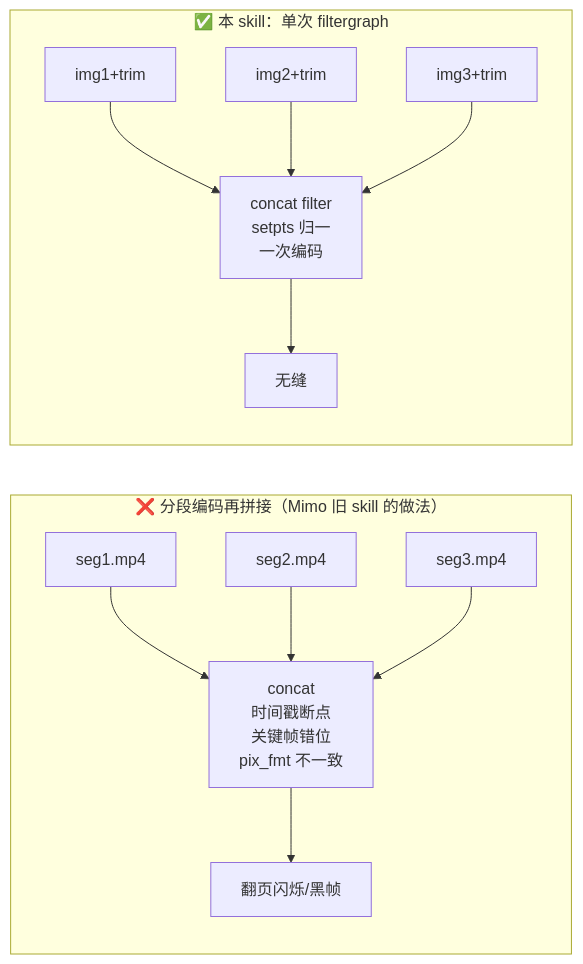
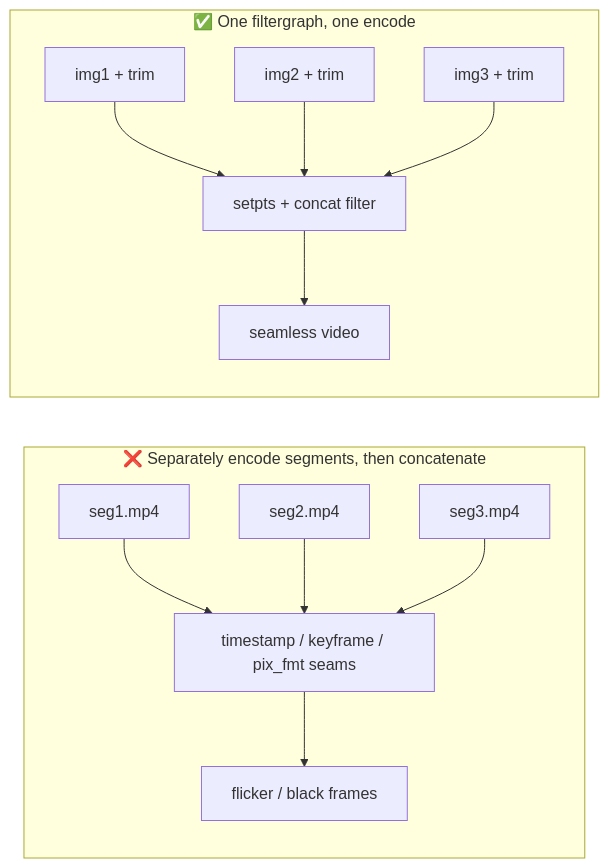
Before and after one commit to 098765d/slides-to-video: the third of 3 diagrams in references/architecture.md, drawn with Mermaid. The commit also changed other lines of this file and 5 other files, not shown here.

Commit message:
Update slides-to-video skill content

````diff
--- a/references/architecture.md
+++ b/references/architecture.md
@@ -62,9 +102,14 @@
 ```mermaid
 flowchart LR
-    subgraph BAD["❌ 分段编码再拼接（Mimo 旧 skill 的做法）"]
-        b1[seg1.mp4] & b2[seg2.mp4] & b3[seg3.mp4] --> bc[concat\n时间戳断点\n关键帧错位\npix_fmt 不一致] --> bx[翻页闪烁/黑帧]
+    subgraph BAD["❌ Separately encode segments, then concatenate"]
+        b1[seg1.mp4] & b2[seg2.mp4] & b3[seg3.mp4]
+        --> bc[timestamp / keyframe / pix_fmt seams]
+        --> bx[flicker / black frames]
     end
-    subgraph GOOD["✅ 本 skill：单次 filtergraph"]
-        g1[img1+trim] & g2[img2+trim] & g3[img3+trim] --> gc[concat filter\nsetpts 归一\n一次编码] --> gx[无缝]
+
+    subgraph GOOD["✅ One filtergraph, one encode"]
+        g1[img1 + trim] & g2[img2 + trim] & g3[img3 + trim]
+        --> gc[setpts + concat filter]
+        --> gx[seamless video]
     end
 ```
````
